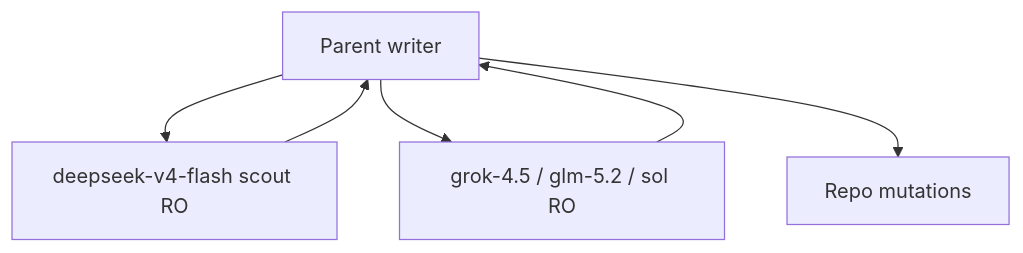
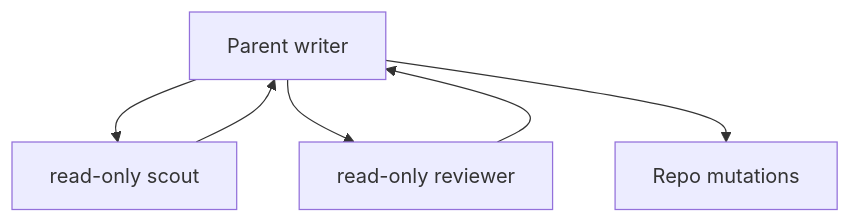
One commit to Tonours/etabli changed the sixth of 6 diagrams in docs/workflow-guide.md. Above: the diagram before and after it, drawn with Mermaid. The commit also changed other lines of this file and 133 other files, not shown here.

````diff
--- a/docs/workflow-guide.md
+++ b/docs/workflow-guide.md
@@ -198,8 +190,8 @@
 ```mermaid
 flowchart TB
-  Parent[Parent writer] --> Scout[deepseek-v4-flash scout RO]
-  Parent --> Council[grok-4.5 / glm-5.2 / sol RO]
+  Parent[Parent writer] --> Scout[read-only scout]
+  Parent --> Reviewer[read-only reviewer]
   Scout --> Parent
-  Council --> Parent
+  Reviewer --> Parent
   Parent --> Git[Repo mutations]
 ```
````
